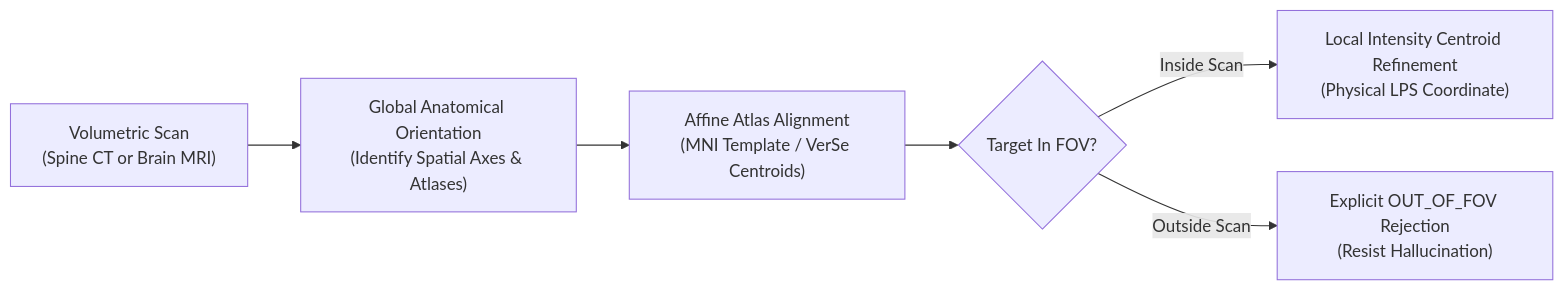
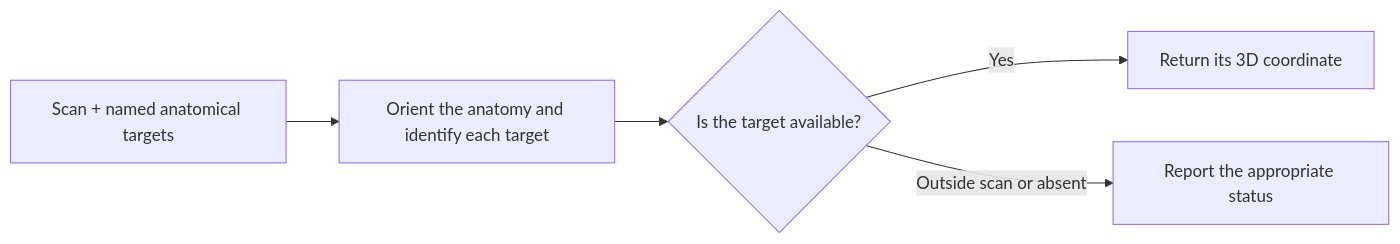
One commit to qianyizhang/tb3 changed the diagram in site_med/06-landmarks.md. Above: the diagram before and after it, drawn with Mermaid. The commit also changed other lines of this file and 62 other files, not shown here.

````diff
--- a/site_med/06-landmarks.md
+++ b/site_med/06-landmarks.md
@@ -31,8 +17,7 @@
 ```mermaid
 flowchart LR
-    A["Volumetric Scan<br>(Spine CT or Brain MRI)"] --> B["Global Anatomical Orientation<br>(Identify Spatial Axes & Atlases)"]
-    B --> C["Affine Atlas Alignment<br>(MNI Template / VerSe Centroids)"]
-    C --> D{"Target In FOV?"}
-    D -->|"Inside Scan"| E["Local Intensity Centroid Refinement<br>(Physical LPS Coordinate)"]
-    D -->|"Outside Scan"| F["Explicit OUT_OF_FOV Rejection<br>(Resist Hallucination)"]
+    A["Scan + named anatomical targets"] --> B["Orient the anatomy and identify each target"]
+    B --> C{"Is the target available?"}
+    C -->|"Yes"| D["Return its 3D coordinate"]
+    C -->|"Outside scan or absent"| E["Report the appropriate status"]
 ```
````
